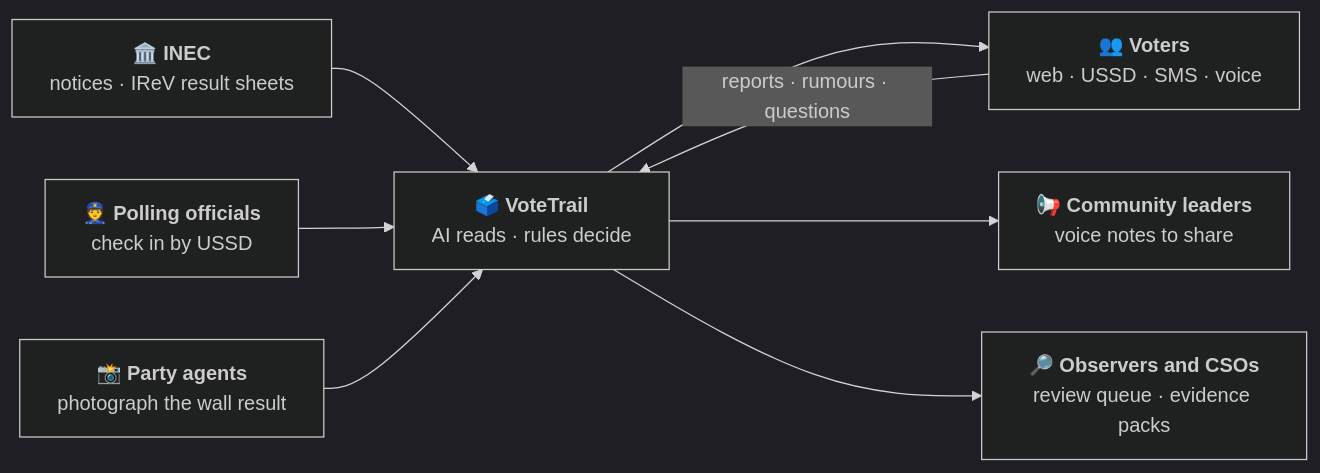
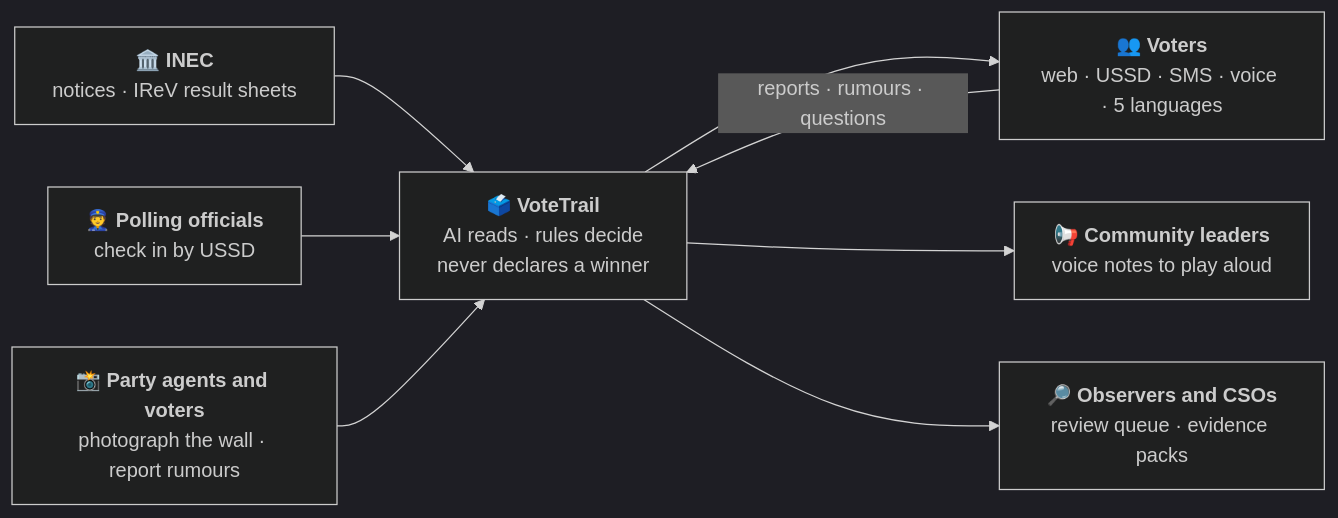
The second of 4 diagrams in docs/system-sketch.md (abdulmujeeb29/vote-trail), drawn with Mermaid (dark theme) before and after one commit. The commit also changed other lines of this file and 3 other files, not shown here.

````diff
--- a/docs/system-sketch.md
+++ b/docs/system-sketch.md
@@ -19,17 +23,17 @@
 ```mermaid
 flowchart LR
     INEC["🏛️ <b>INEC</b><br/>notices · IReV result sheets"]
     OFF["👮 <b>Polling officials</b><br/>check in by USSD"]
-    AG["📸 <b>Party agents</b><br/>photograph the wall result"]
-    VT["🗳️ <b>VoteTrail</b><br/>AI reads · rules decide"]
-    V["👥 <b>Voters</b><br/>web · USSD · SMS · voice"]
-    CL["📢 <b>Community leaders</b><br/>voice notes to share"]
+    AG["📸 <b>Party agents and voters</b><br/>photograph the wall · report rumours"]
+    VT["🗳️ <b>VoteTrail</b><br/>AI reads · rules decide<br/>never declares a winner"]
+    V["👥 <b>Voters</b><br/>web · USSD · SMS · voice · 5 languages"]
+    CL["📢 <b>Community leaders</b><br/>voice notes to play aloud"]
     OBS["🔎 <b>Observers and CSOs</b><br/>review queue · evidence packs"]
     INEC --> VT
     OFF --> VT
     AG --> VT
     VT --> V
     VT --> CL
     VT --> OBS
     V -- "reports · rumours · questions" --> VT
 ```
````
